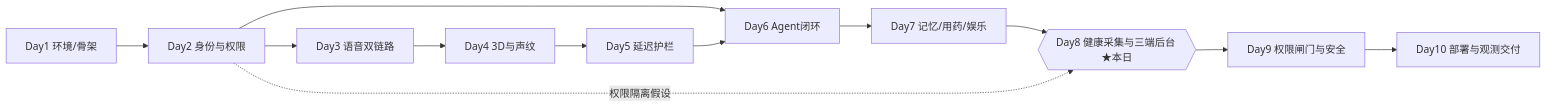
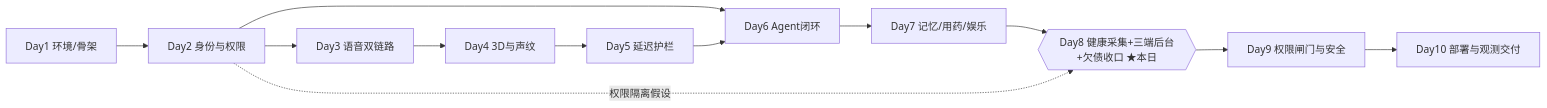
One commit to zha-yu/kangban changed the first of 2 diagrams in docs/team_tasks/day08/day08-任务总览与DAG.md. Above: the diagram before and after it, drawn with Mermaid. The commit also changed other lines of this file and 11 other files, not shown here.

````diff
--- a/docs/team_tasks/day08/day08-任务总览与DAG.md
+++ b/docs/team_tasks/day08/day08-任务总览与DAG.md
@@ -12,14 +13,14 @@
 ```mermaid
 flowchart LR
     D1[Day1 环境/骨架] --> D2[Day2 身份与权限]
     D2 --> D3[Day3 语音双链路]
     D3 --> D4[Day4 3D与声纹]
     D4 --> D5[Day5 延迟护栏]
     D2 --> D6[Day6 Agent闭环]
     D5 --> D6
     D6 --> D7[Day7 记忆/用药/娱乐]
-    D7 --> D8{{Day8 健康采集与三端后台 ★本日}}
+    D7 --> D8{{Day8 健康采集+三端后台+欠债收口 ★本日}}
     D2 -.权限隔离假设.-> D8
     D8 --> D9[Day9 权限闸门与安全]
     D9 --> D10[Day10 部署与观测交付]
 ```
````
